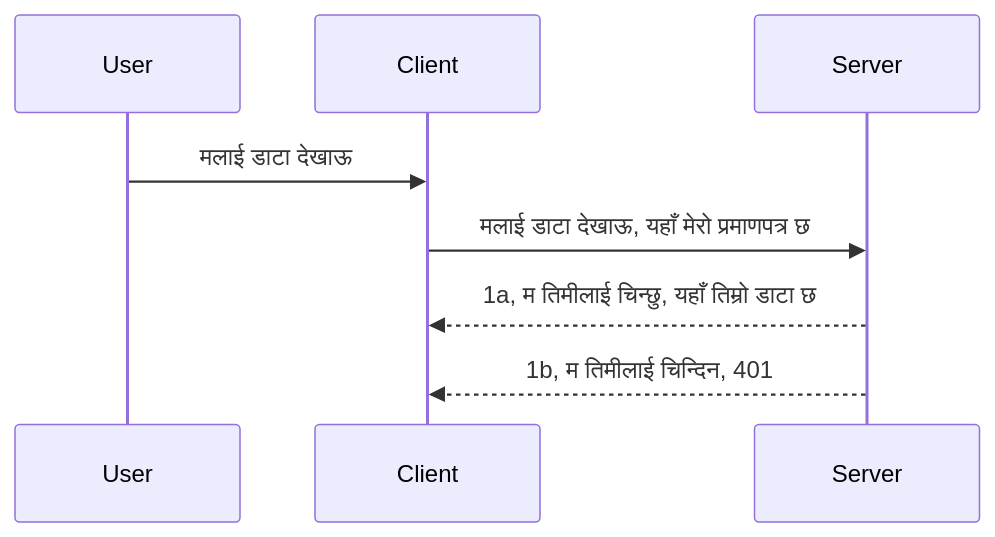
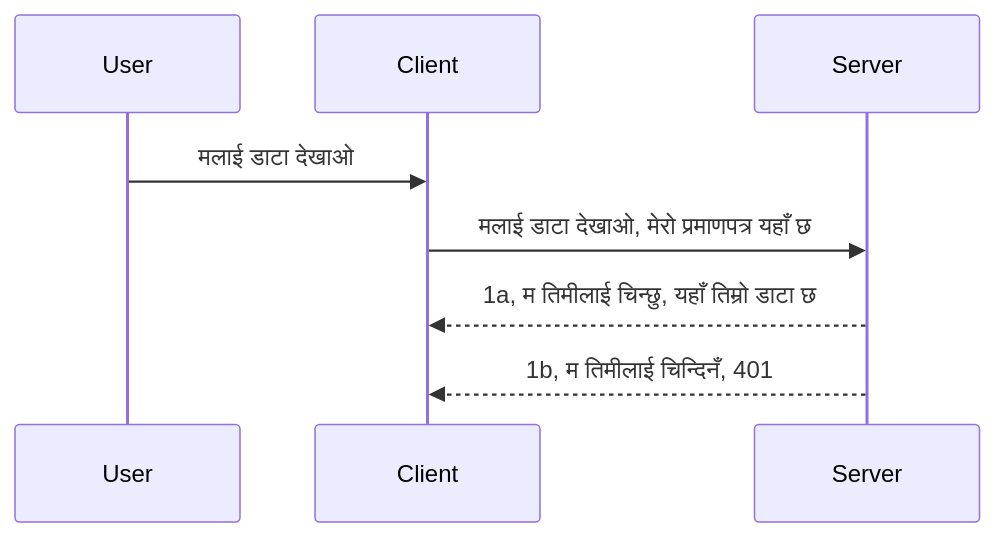
The diagram in mcp_ecosystem__model_context_protocol/mcp_learning_resources/mcp-for-beginners/translations/ne/03-GettingStarted/11-simple-auth/README.md (HIDORAKAI002/ai-workspace-archive), drawn with Mermaid before and after one commit. The commit also changed other lines of this file and 1046 other files, not shown here.

````diff
--- a/mcp_ecosystem__model_context_protocol/mcp_learning_resources/mcp-for-beginners/translations/ne/03-GettingStarted/11-simple-auth/README.md
+++ b/mcp_ecosystem__model_context_protocol/mcp_learning_resources/mcp-for-beginners/translations/ne/03-GettingStarted/11-simple-auth/README.md
@@ -24,11 +24,11 @@
 ```mermaid
 sequenceDiagram
    participant User
    participant Client
    participant Server
 
-   User->>Client: मलाई डाटा देखाऊ
-   Client->>Server: मलाई डाटा देखाऊ, यहाँ मेरो प्रमाणपत्र छ
+   User->>Client: मलाई डाटा देखाओ
+   Client->>Server: मलाई डाटा देखाओ, मेरो प्रमाणपत्र यहाँ छ
    Server-->>Client: 1a, म तिमीलाई चिन्छु, यहाँ तिम्रो डाटा छ
-   Server-->>Client: 1b, म तिमीलाई चिन्दिन, 401 
+   Server-->>Client: 1b, म तिमीलाई चिन्दिनँ, 401 
 ```
````
